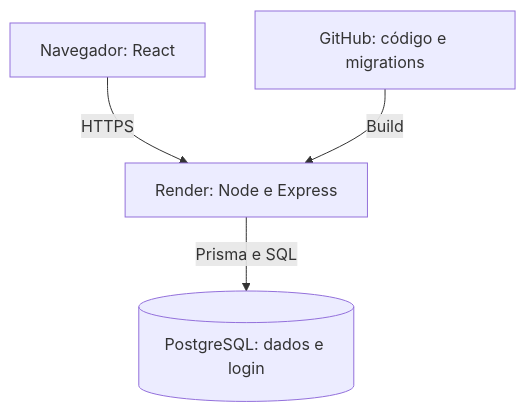
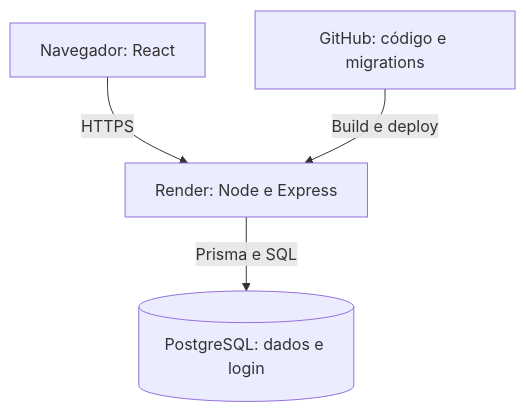
Before and after one commit to amarasantoyani/jano-aba: the diagram in docs/architecture.md, drawn with Mermaid. The commit also changed other lines of this file, not shown here.

Commit message:
docs: ajuste architecture

````diff
--- a/docs/architecture.md
+++ b/docs/architecture.md
@@ -7,6 +8,6 @@
 ```mermaid
 flowchart TD
     Browser["Navegador: React"] -->|HTTPS| App["Render: Node e Express"]
     App -->|Prisma e SQL| DB[("PostgreSQL: dados e login")]
-    Git["GitHub: código e migrations"] -->|Build| App
+    Git["GitHub: código e migrations"] -->|Build e deploy| App
 ```
````
